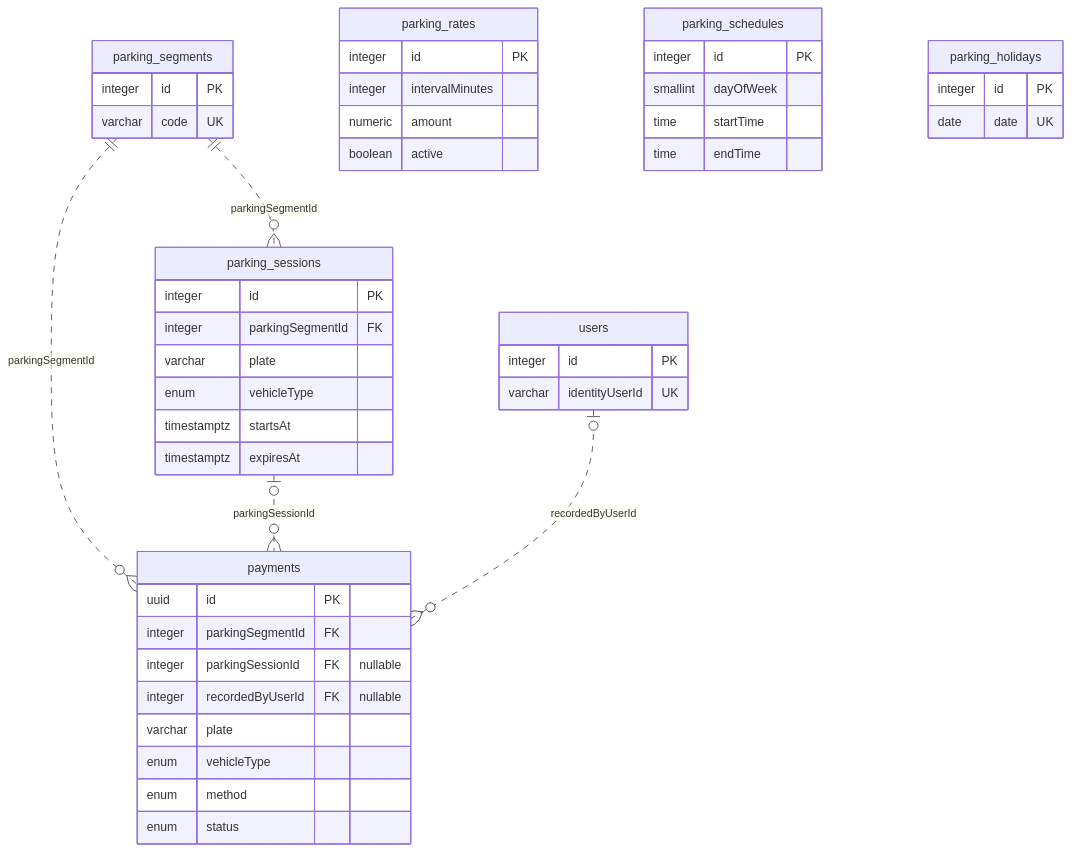
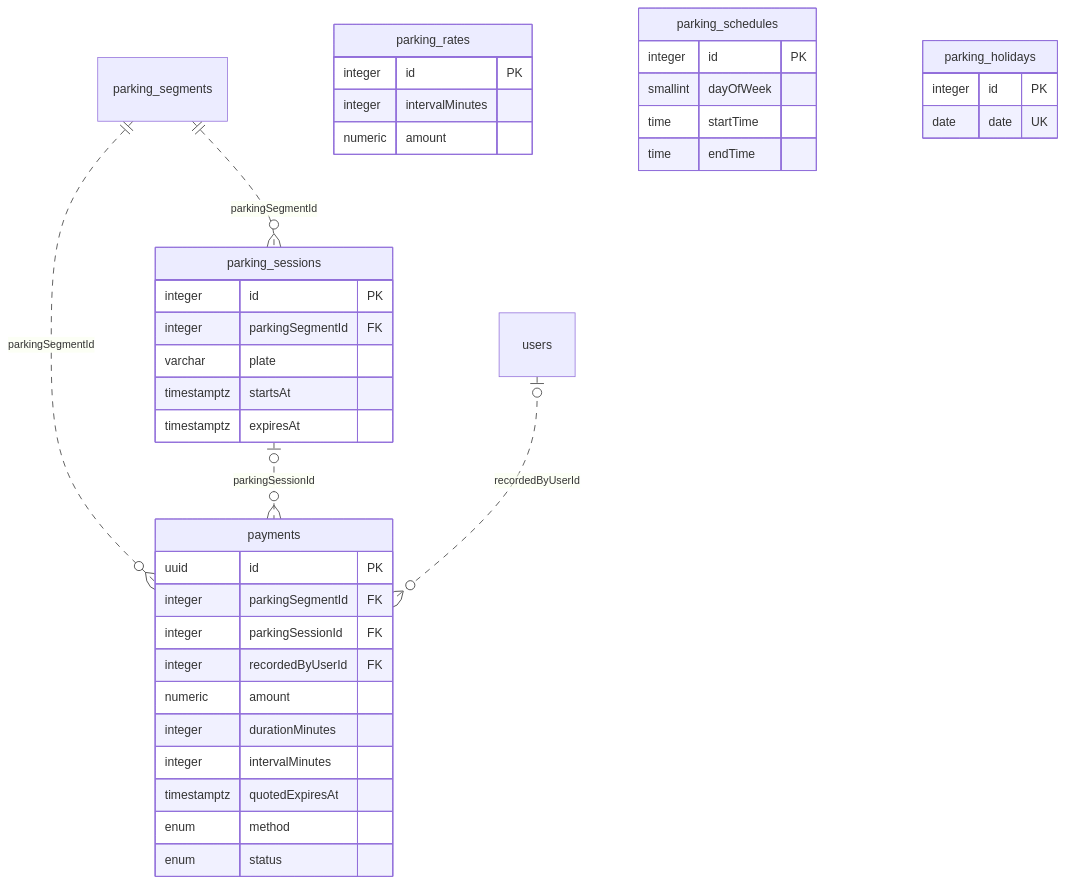
One commit to joselimbertflores/parking changed the diagram in docs/database.md. Above: the diagram before and after it, drawn with Mermaid. The commit also changed other lines of this file and 30 other files, not shown here.

````diff
--- a/docs/database.md
+++ b/docs/database.md
@@ -8,50 +3,42 @@
 ```mermaid
 erDiagram
     parking_segments ||..o{ parking_sessions : "parkingSegmentId"
     parking_segments ||..o{ payments : "parkingSegmentId"
     parking_sessions o|..o{ payments : "parkingSessionId"
     users o|..o{ payments : "recordedByUserId"
 
-    users {
-        integer id PK
-        varchar identityUserId UK
-    }
-    parking_segments {
-        integer id PK
-        varchar code UK
-    }
     parking_sessions {
         integer id PK
         integer parkingSegmentId FK
         varchar plate
-        enum vehicleType
         timestamptz startsAt
         timestamptz expiresAt
     }
     payments {
         uuid id PK
         integer parkingSegmentId FK
-        integer parkingSessionId FK "nullable"
-        integer recordedByUserId FK "nullable"
-        varchar plate
-        enum vehicleType
+        integer parkingSessionId FK
+        integer recordedByUserId FK
+        numeric amount
+        integer durationMinutes
+        integer intervalMinutes
+        timestamptz quotedExpiresAt
         enum method
         enum status
     }
     parking_rates {
         integer id PK
         integer intervalMinutes
         numeric amount
-        boolean active
     }
     parking_schedules {
         integer id PK
         smallint dayOfWeek
         time startTime
         time endTime
     }
     parking_holidays {
         integer id PK
         date date UK
     }
 ```
````
